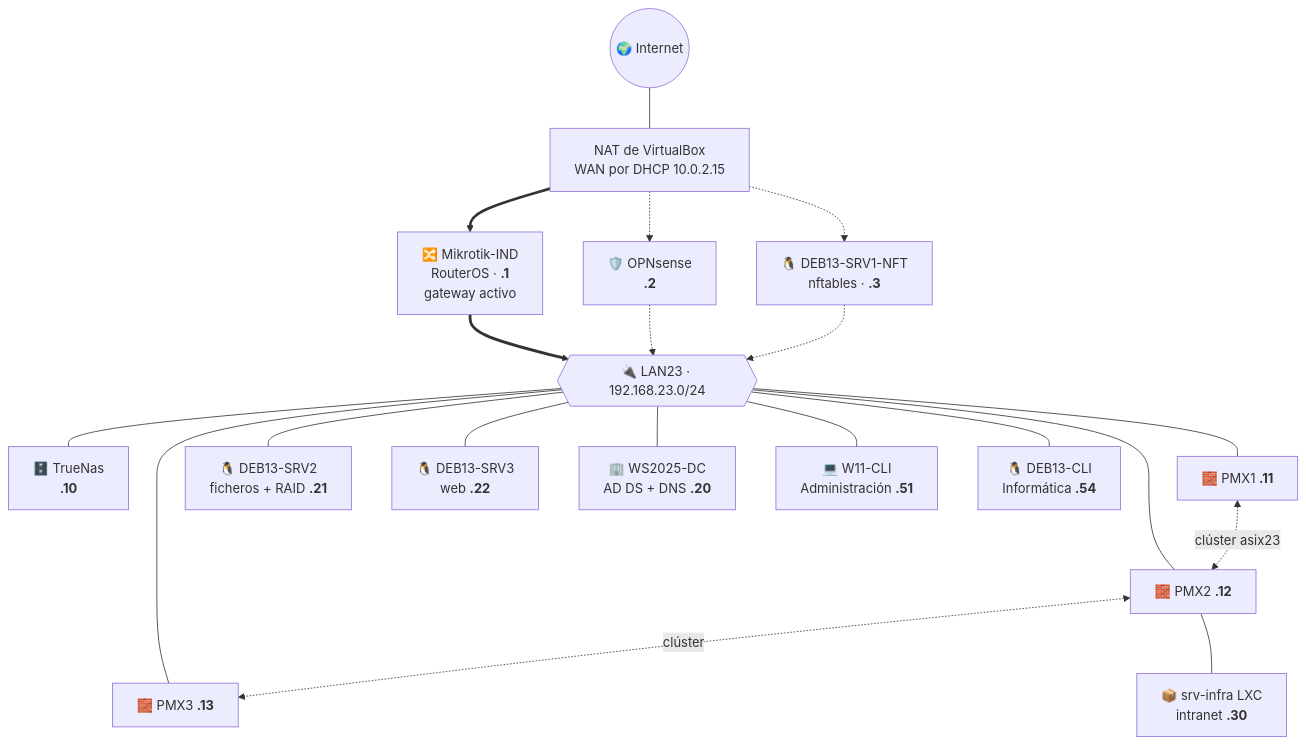
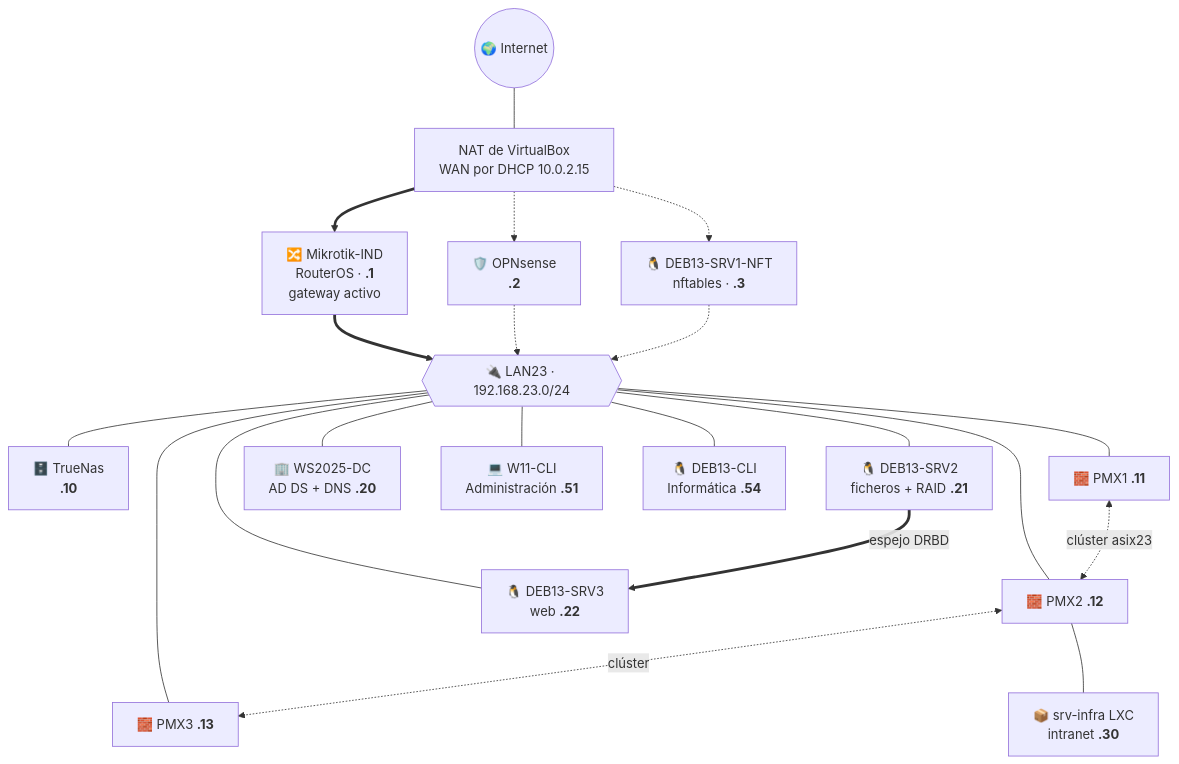
The diagram in README.md (ethan3232/iso-naix-un-sistema-individual), drawn with Mermaid before and after one commit. The commit also changed other lines of this file and 32 other files, not shown here.

Commit message:
Tasca 7 completa (cada VM, carga, capacidad, virtio y caché del host) · Tasca 6 Apte+: espejo por red con DRBD probado con caída del servidor · README con guía de evaluación, diagrama y progreso actualizados

````diff
--- a/README.md
+++ b/README.md
@@ -41,22 +47,23 @@
 ```mermaid
 flowchart TB
     INET((🌍 Internet)) --- NAT[NAT de VirtualBox<br/>WAN por DHCP 10.0.2.15]
     NAT ==> MK[🔀 Mikrotik-IND<br/>RouterOS · <b>.1</b><br/>gateway activo]
     NAT -.-> OPN[🛡️ OPNsense<br/><b>.2</b>]
     NAT -.-> DEB[🐧 DEB13-SRV1-NFT<br/>nftables · <b>.3</b>]
     MK ==> SW{{"🔌 LAN23 · 192.168.23.0/24"}}
     OPN -.-> SW
     DEB -.-> SW
     SW --- NAS[🗄️ TrueNas<br/><b>.10</b>]
     SW --- PVE1[🧱 PMX1 <b>.11</b>]
     SW --- PVE2[🧱 PMX2 <b>.12</b>]
     SW --- PVE3[🧱 PMX3 <b>.13</b>]
     PVE1 <-. clúster asix23 .-> PVE2
     PVE2 <-. clúster .-> PVE3
     SW --- S2[🐧 DEB13-SRV2<br/>ficheros + RAID <b>.21</b>]
     SW --- S3[🐧 DEB13-SRV3<br/>web <b>.22</b>]
+    S2 == espejo DRBD ==> S3
     PVE2 --- CT[📦 srv-infra LXC<br/>intranet <b>.30</b>]
     SW --- DC[🏢 WS2025-DC<br/>AD DS + DNS <b>.20</b>]
     SW --- C1[💻 W11-CLI<br/>Administración <b>.51</b>]
     SW --- C2[🐧 DEB13-CLI<br/>Informática <b>.54</b>]
 ```
````
